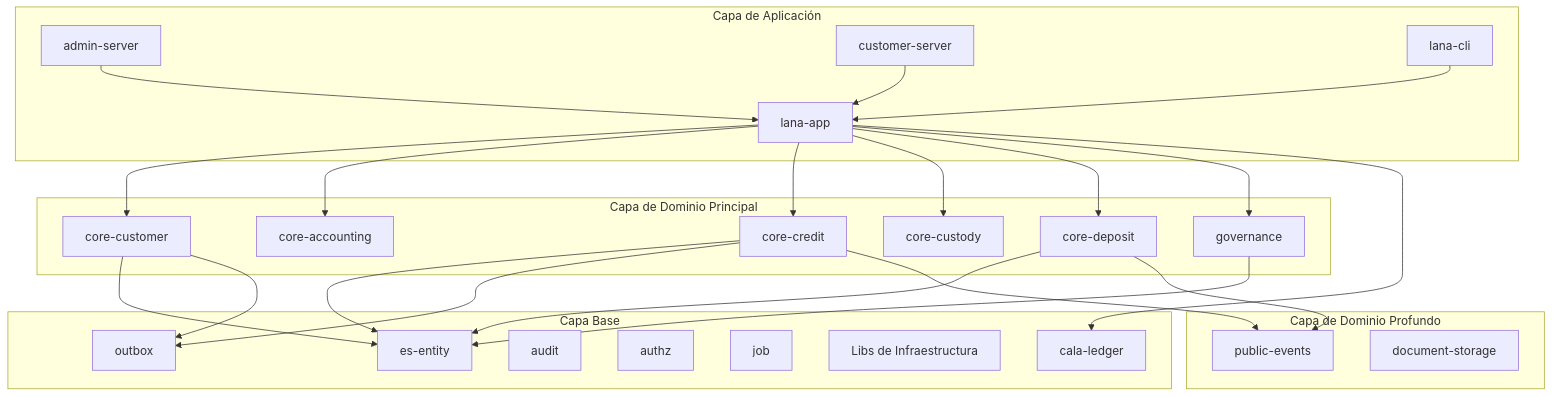
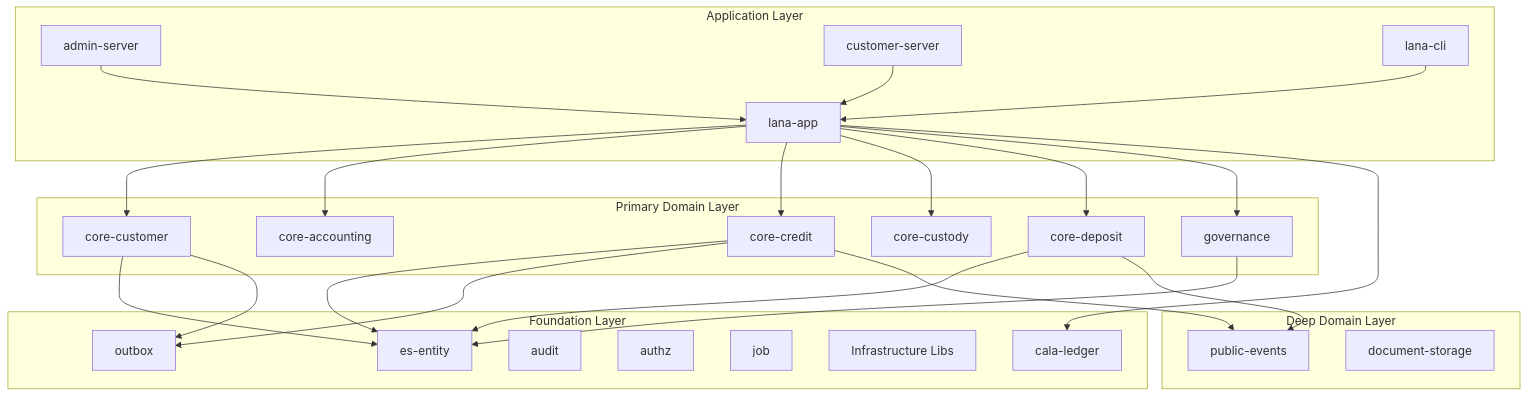
The first of 4 diagrams in docs-site/i18n/es/docusaurus-plugin-content-docs/current/for-internal-developers/custody-portfolio.md (GaloyMoney/lana-bank), drawn with Mermaid before and after one commit. The commit also changed other lines of this file and 76 other files, not shown here.

````diff
--- a/docs-site/i18n/es/docusaurus-plugin-content-docs/current/for-internal-developers/custody-portfolio.md
+++ b/docs-site/i18n/es/docusaurus-plugin-content-docs/current/for-internal-developers/custody-portfolio.md
@@ -11,52 +11,52 @@
 ```mermaid
 graph TD
-    subgraph Foundation["Capa Base"]
+    subgraph Foundation["Foundation Layer"]
         ENTITY["es-entity"]
         OUTBOX["outbox"]
         AUDIT["audit"]
         AUTHZ["authz"]
         JOB["job"]
-        INFRA["Libs de Infraestructura"]
+        INFRA["Infrastructure Libs"]
         CALA["cala-ledger"]
     end
 
-    subgraph Deep["Capa de Dominio Profundo"]
+    subgraph Deep["Deep Domain Layer"]
         PUBEV["public-events"]
         STORAGE["document-storage"]
     end
 
-    subgraph Primary["Capa de Dominio Principal"]
+    subgraph Primary["Primary Domain Layer"]
         CCUST["core-customer"]
         CACCT["core-accounting"]
         CCREDIT["core-credit"]
         CCUS["core-custody"]
         CDEP["core-deposit"]
         GOV["governance"]
     end
 
-    subgraph App["Capa de Aplicación"]
+    subgraph App["Application Layer"]
         LA["lana-app"]
         AS["admin-server"]
         CS["customer-server"]
         CLI["lana-cli"]
     end
 
     AS --> LA
     CS --> LA
     CLI --> LA
     LA --> CCUST
     LA --> CACCT
     LA --> CCREDIT
     LA --> CCUS
     LA --> CDEP
     LA --> GOV
     CCUST --> ENTITY
     CCREDIT --> ENTITY
     CDEP --> ENTITY
     GOV --> ENTITY
     CCUST --> OUTBOX
     CCREDIT --> OUTBOX
     CCREDIT --> PUBEV
     CDEP --> PUBEV
     LA --> CALA
 ```
````
